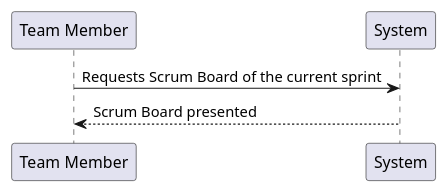
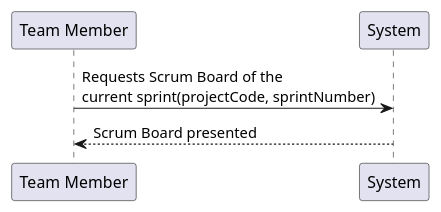
The diagram in docs/modelling_design/user_stories/us022/US022_ViewScrumBoardSSD.puml (ivo-menezes/project_g3), drawn with PlantUML before and after one commit.

Commit message:
US022: Analysis: Updated SSD.

```diff
--- a/docs/modelling_design/user_stories/us022/US022_ViewScrumBoardSSD.puml
+++ b/docs/modelling_design/user_stories/us022/US022_ViewScrumBoardSSD.puml
@@ -1,4 +1,4 @@
 @startuml
-"Team Member" -> System: Requests Scrum Board of the current sprint
+"Team Member" -> System: Requests Scrum Board of the \ncurrent sprint(projectCode, sprintNumber)
 "Team Member" <-- System: Scrum Board presented
 @enduml
```
